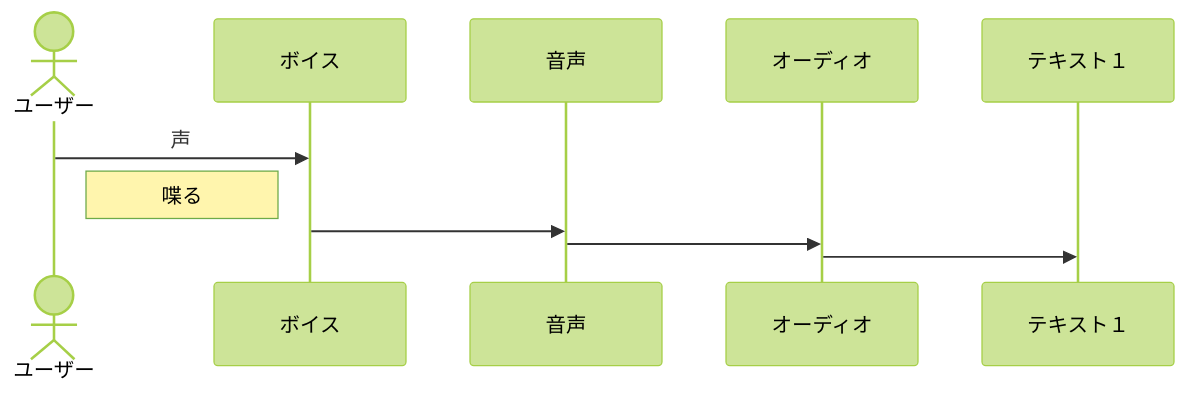
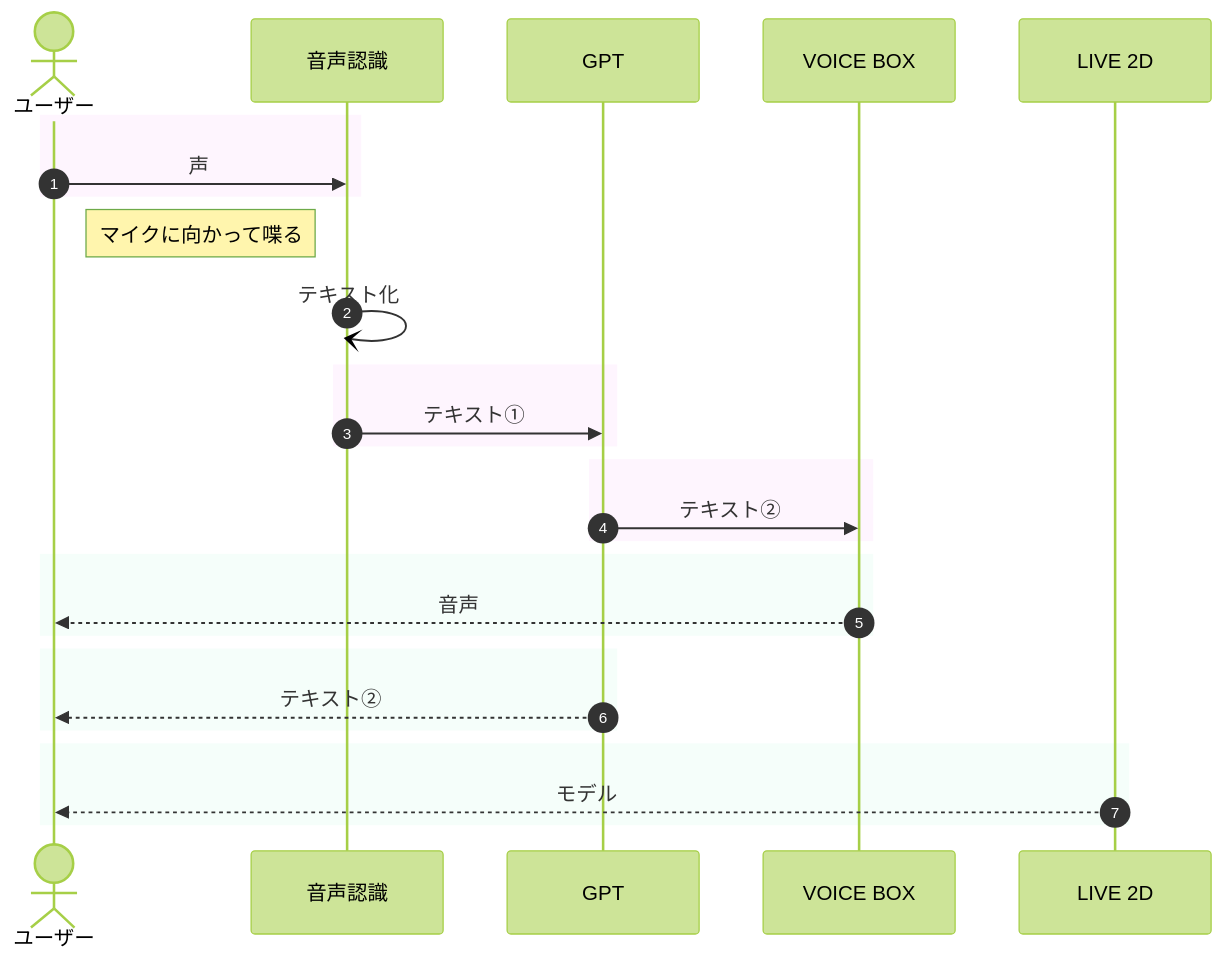
One commit to samurai-7xy/ailover changed the diagram in README.md. Above: the diagram before and after it, drawn with Mermaid (forest theme). The commit also changed other lines of this file, not shown here.

Commit message:
シーケンス図

````diff
--- a/README.md
+++ b/README.md
@@ -8,17 +9,35 @@
 ```mermaid
 sequenceDiagram
-actor a as ユーザー
-participant voice as ボイス
-participant output as 音声
-participant audio as オーディオ
-participant txt1 as テキスト１
+    autonumber
+    actor a as ユーザー
+    participant voice as 音声認識
+    participant output as GPT
+    participant audio as VOICE BOX
+    participant live as LIVE 2D
 
+    rect rgba(253, 231, 253, 0.4)
     a ->> voice: 声
-    Note left of voice:喋る
-    voice ->> output: 
-    output ->> audio: 
-    audio ->> txt1: 
+    end
+    Note left of voice:マイクに向かって喋る
+    voice -) voice: テキスト化
+    rect rgba(253, 231, 253, 0.4)
+    voice ->> output: テキスト①
+    end
+    rect rgba(253, 231, 253, 0.4)
+    output ->> audio: テキスト②
+    end
+    rect rgba(231, 253, 242, 0.4)
+    audio -->> a: 音声
+    end
+    rect rgba(231, 253, 242, 0.4)
+    output -->> a: テキスト②
+    end
+    rect rgba(231, 253, 242, 0.4)
+    live -->> a: モデル
+    end
 
+    ##253, 231, 253, 0.4 ピンク
+    ##231, 253, 242, 0.4 緑
     
 
 ```
````
